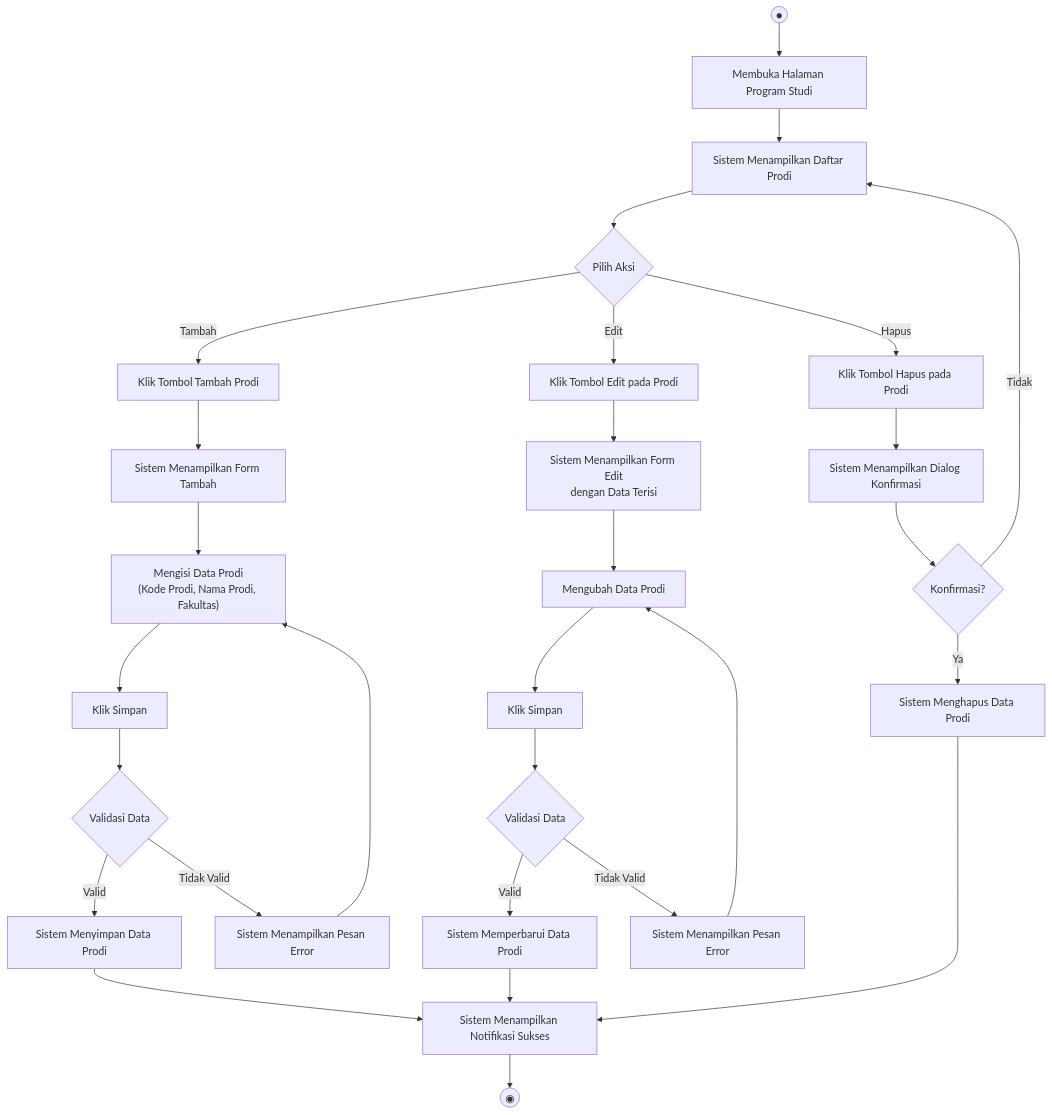
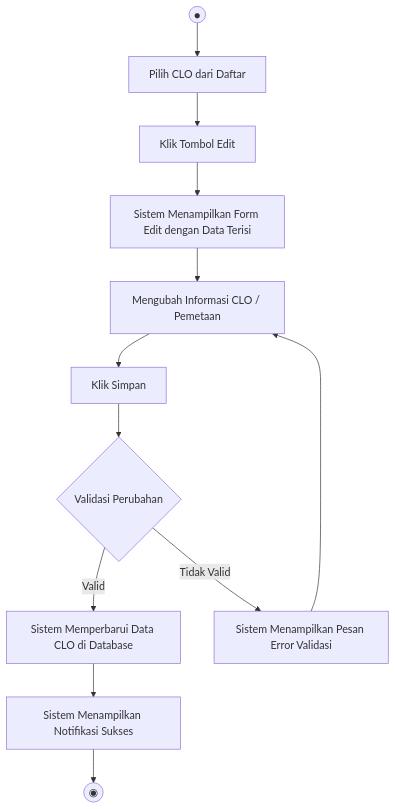
The fifth of 32 diagrams in activity_diagrams.md (alexiusprst-tech/dashboard_verif), drawn with Mermaid before and after one commit. The commit also changed other lines of this file and 6 other files, not shown here.

Commit message:
ada beberapa perubahan : 1. penambahan PLO dan CLO.  2. Minor revisi di generate BA

````diff
--- a/activity_diagrams.md
+++ b/activity_diagrams.md
@@ -95,35 +123,14 @@
 ```mermaid
 flowchart TD
-    A(("●")) --> B["Membuka Halaman Program Studi"]
-    B --> C["Sistem Menampilkan Daftar Prodi"]
-    C --> D{"Pilih Aksi"}
-
-    D -->|Tambah| E["Klik Tombol Tambah Prodi"]
-    E --> F["Sistem Menampilkan Form Tambah"]
-    F --> G["Mengisi Data Prodi\n(Kode Prodi, Nama Prodi, Fakultas)"]
-    G --> H["Klik Simpan"]
-    H --> I{"Validasi Data"}
-    I -->|Valid| J["Sistem Menyimpan Data Prodi"]
-    J --> K["Sistem Menampilkan Notifikasi Sukses"]
-    I -->|Tidak Valid| L["Sistem Menampilkan Pesan Error"]
-    L --> G
-
-    D -->|Edit| M["Klik Tombol Edit pada Prodi"]
-    M --> N["Sistem Menampilkan Form Edit\ndengan Data Terisi"]
-    N --> O["Mengubah Data Prodi"]
-    O --> P["Klik Simpan"]
-    P --> Q{"Validasi Data"}
-    Q -->|Valid| R["Sistem Memperbarui Data Prodi"]
-    R --> K
-    Q -->|Tidak Valid| S["Sistem Menampilkan Pesan Error"]
-    S --> O
-
-    D -->|Hapus| T["Klik Tombol Hapus pada Prodi"]
-    T --> U["Sistem Menampilkan Dialog Konfirmasi"]
-    U --> V{"Konfirmasi?"}
-    V -->|Ya| W["Sistem Menghapus Data Prodi"]
-    W --> K
-    V -->|Tidak| C
-
-    K --> Z(("◉"))
+    Start(("●")) --> SelectCLO["Pilih CLO dari Daftar"]
+    SelectCLO --> ClickEdit["Klik Tombol Edit"]
+    ClickEdit --> ShowForm["Sistem Menampilkan Form Edit dengan Data Terisi"]
+    ShowForm --> UpdateData["Mengubah Informasi CLO / Pemetaan"]
+    UpdateData --> ClickSave["Klik Simpan"]
+    ClickSave --> Validate{"Validasi Perubahan"}
+    Validate -->|Valid| UpdateDB["Sistem Memperbarui Data CLO di Database"]
+    UpdateDB --> ShowSuccess["Sistem Menampilkan Notifikasi Sukses"]
+    Validate -->|Tidak Valid| ShowError["Sistem Menampilkan Pesan Error Validasi"]
+    ShowError --> UpdateData
+    ShowSuccess --> End(("◉"))
 ```
````
